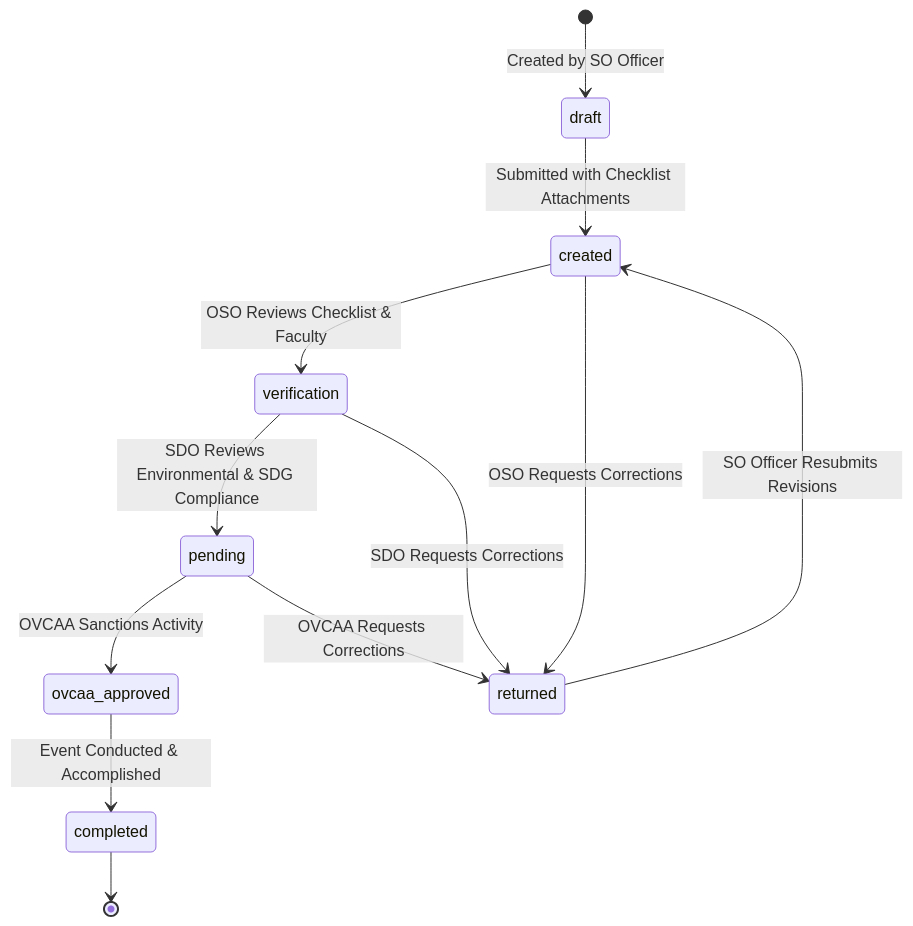
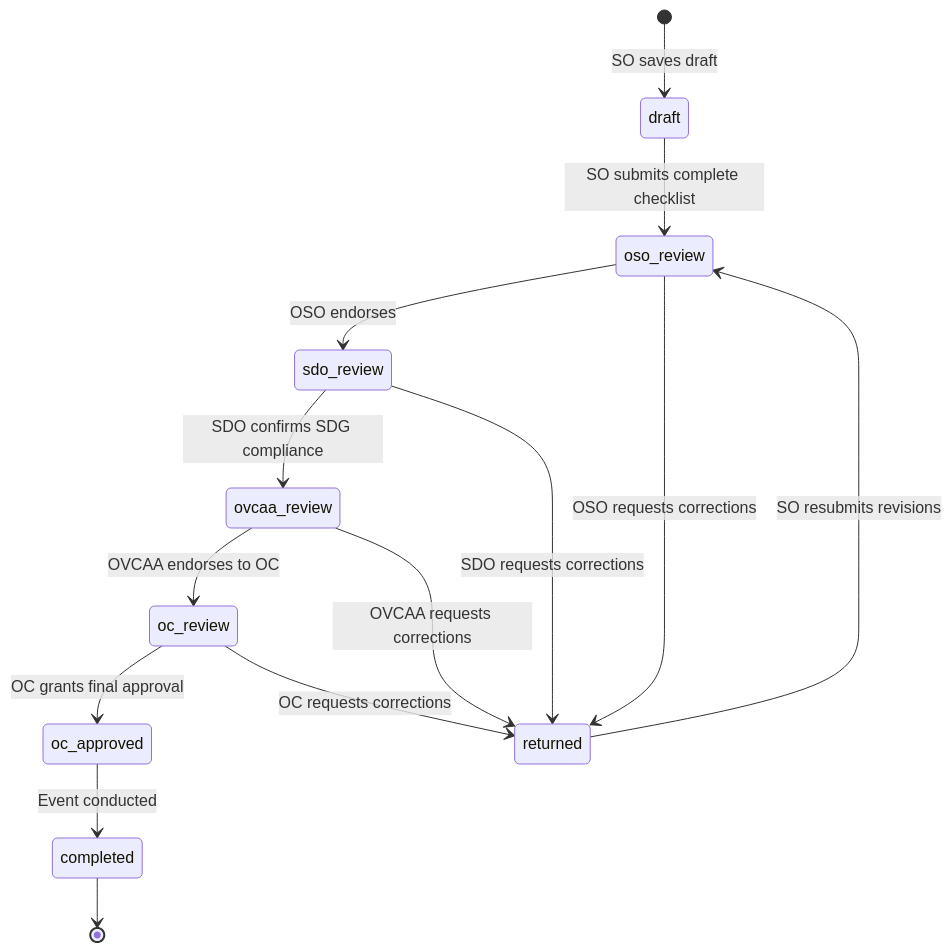
The diagram in ORGCHAIN/02 - Subsystems and Modules/Office Portal and Administrative Desk/Activity Proposal Approval Pipeline.md (chals1029/OrgChainProject), drawn with Mermaid before and after one commit. The commit also changed other lines of this file and 285 other files, not shown here.

````diff
--- a/ORGCHAIN/02 - Subsystems and Modules/Office Portal and Administrative Desk/Activity Proposal Approval Pipeline.md
+++ b/ORGCHAIN/02 - Subsystems and Modules/Office Portal and Administrative Desk/Activity Proposal Approval Pipeline.md
@@ -22,18 +22,16 @@
 ```mermaid
 stateDiagram-v2
-    [*] --> draft: Created by SO Officer
-    draft --> created: Submitted with Checklist Attachments
-    
-    created --> verification: OSO Reviews Checklist & Faculty
-    created --> returned: OSO Requests Corrections
-    
-    verification --> pending: SDO Reviews Environmental & SDG Compliance
-    verification --> returned: SDO Requests Corrections
-    
-    pending --> ovcaa_approved: OVCAA Sanctions Activity
-    pending --> returned: OVCAA Requests Corrections
-    
-    returned --> created: SO Officer Resubmits Revisions
-    ovcaa_approved --> completed: Event Conducted & Accomplished
+    [*] --> draft: SO saves draft
+    draft --> oso_review: SO submits complete checklist
+    oso_review --> sdo_review: OSO endorses
+    sdo_review --> ovcaa_review: SDO confirms SDG compliance
+    ovcaa_review --> oc_review: OVCAA endorses to OC
+    oc_review --> oc_approved: OC grants final approval
+    oso_review --> returned: OSO requests corrections
+    sdo_review --> returned: SDO requests corrections
+    ovcaa_review --> returned: OVCAA requests corrections
+    oc_review --> returned: OC requests corrections
+    returned --> oso_review: SO resubmits revisions
+    oc_approved --> completed: Event conducted
     completed --> [*]
 ```
````
